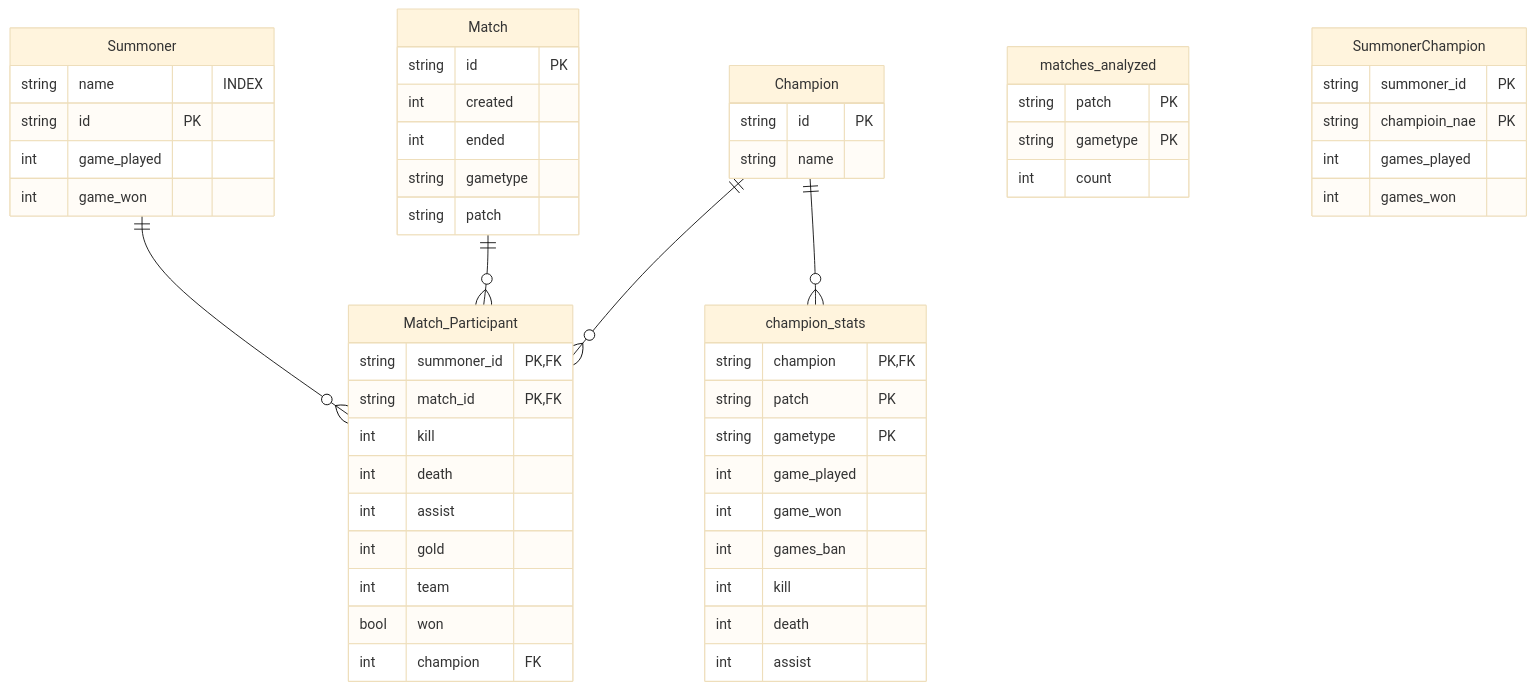
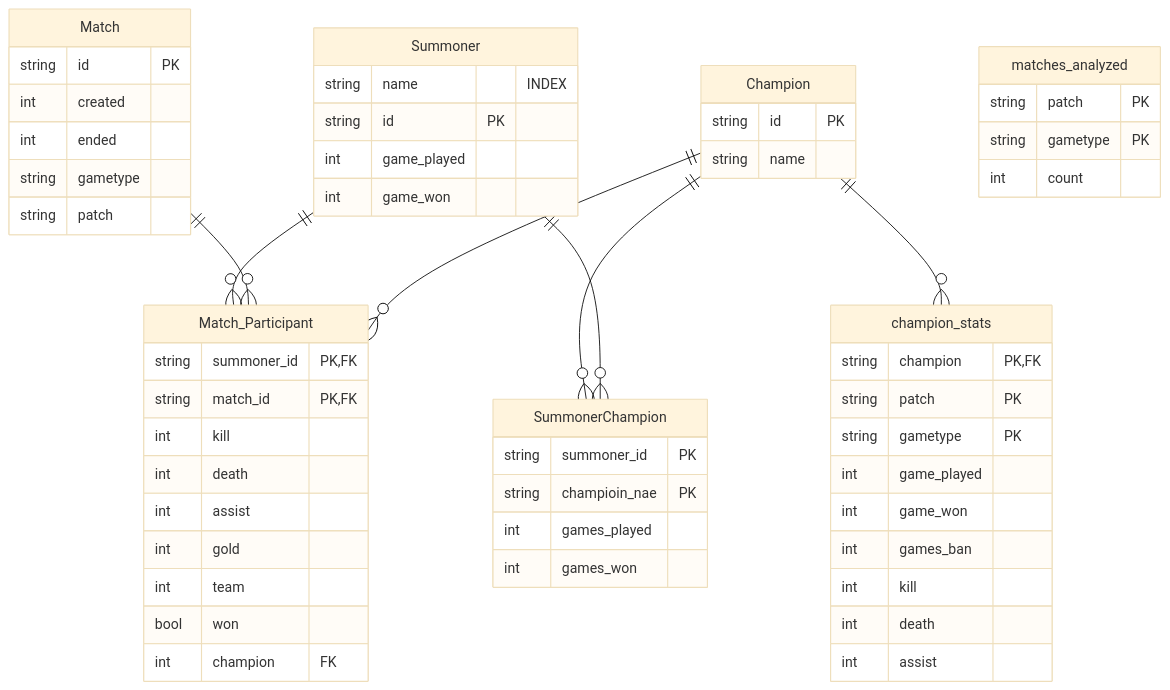
One commit to rutaji/loltracker changed the diagram in specification/diagrams/Database.mmd. Above: the diagram before and after it, drawn with Mermaid (base theme). The commit also changed 2 other files, not shown here.

```diff
--- a/specification/diagrams/Database.mmd
+++ b/specification/diagrams/Database.mmd
@@ -1,56 +1,58 @@
 erDiagram
    Match {
         string id PK
         int created
         int ended
         string gametype
         string patch
     } 
     Match_Participant{
         string summoner_id PK,FK
         string match_id PK, FK
         int kill
         int death
         int assist
         int gold
         int team
         bool won
         int champion FK
     }
     Champion{
         string id PK
         string name 
     }
     champion_stats{
         string champion PK, FK
         string patch PK
         string gametype PK
         int game_played 
         int game_won 
         int games_ban
         int kill
         int death
         int assist
     }
     Summoner{
         string name  "INDEX"
         string id PK
         int game_played
         int game_won
     }
     matches_analyzed{
         string patch PK
         string gametype PK
         int count
     }
     SummonerChampion{
         string summoner_id PK
         string champioin_nae PK
         int    games_played 
         int    games_won
     }
 
+    Champion ||--o{ SummonerChampion : ""
+    Summoner ||--o{ SummonerChampion : ""
     Summoner ||--o{ Match_Participant : ""
     Match ||--o{ Match_Participant : ""
     Champion ||--o{ Match_Participant : ""
     Champion ||--o{ champion_stats : ""
```
